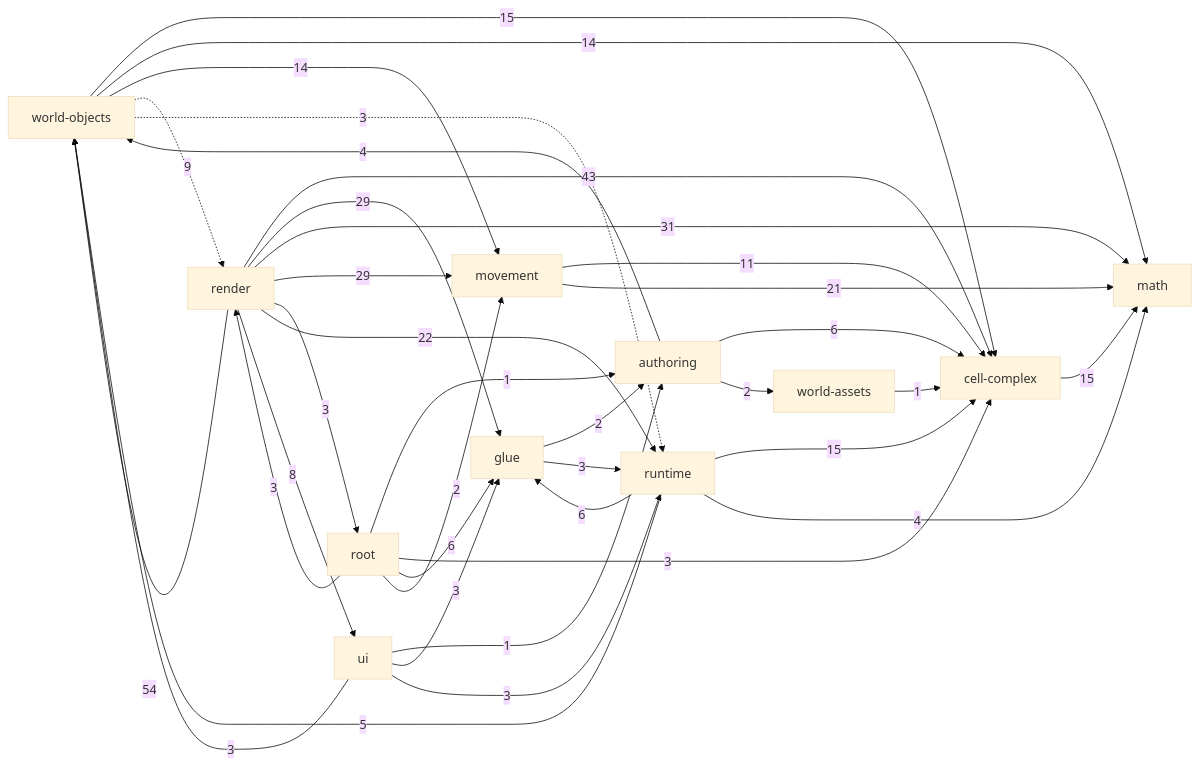
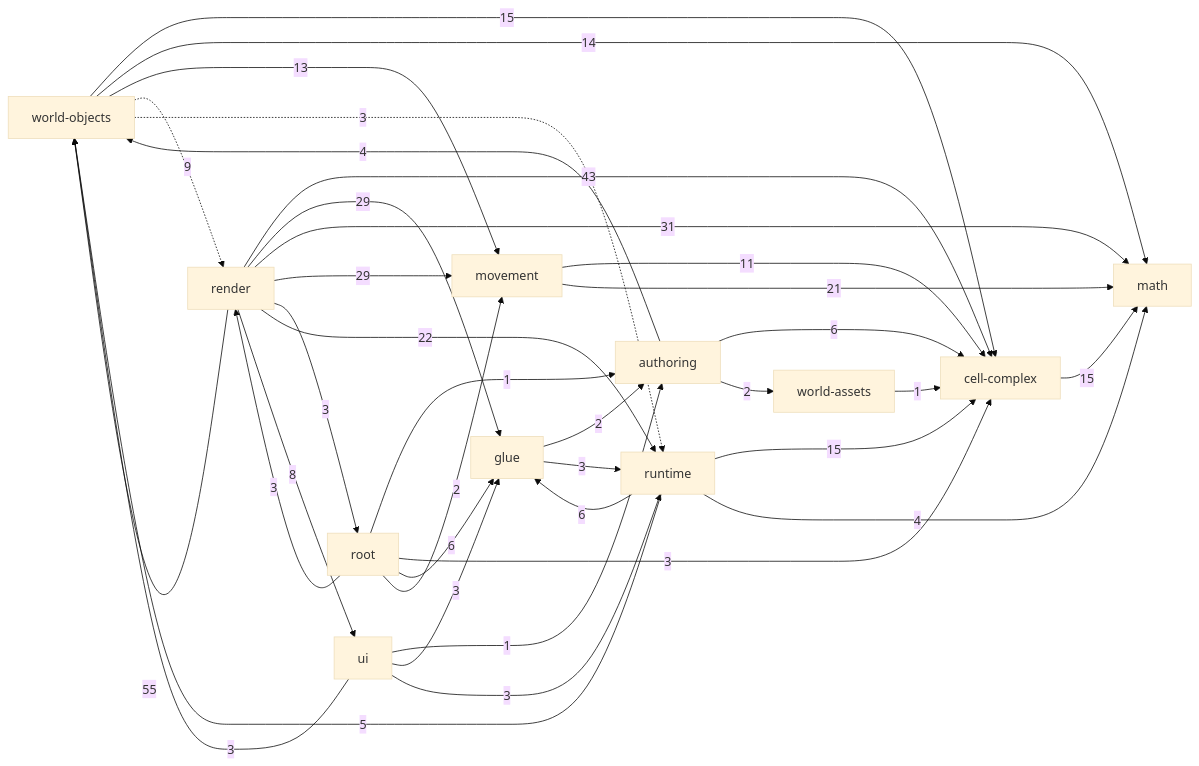
Before and after one commit to guraltsev/noneuclid-fpv: the diagram in _docs/generated/ARCHITECTURE_REFERENCE.md, drawn with Mermaid (base theme). The commit also changed other lines of this file and 7 other files, not shown here.

````diff
--- a/_docs/generated/ARCHITECTURE_REFERENCE.md
+++ b/_docs/generated/ARCHITECTURE_REFERENCE.md
@@ -32,49 +32,49 @@
 ```mermaid
 flowchart LR
   math["math"]
   cell_complex["cell-complex"]
   movement["movement"]
   world_assets["world-assets"]
   world_objects["world-objects"]
   authoring["authoring"]
   runtime["runtime"]
   ui["ui"]
   glue["glue"]
   render["render"]
   root["root"]
   authoring -->|6| cell_complex
   authoring -->|2| world_assets
   authoring -->|4| world_objects
   cell_complex -->|15| math
   glue -->|2| authoring
   glue -->|3| runtime
   movement -->|11| cell_complex
   movement -->|21| math
   render -->|43| cell_complex
   render -->|29| glue
   render -->|31| math
   render -->|29| movement
   render -->|3| root
   render -->|22| runtime
   render -->|8| ui
-  render -->|54| world_objects
+  render -->|55| world_objects
   root -->|1| authoring
   root -->|3| cell_complex
   root -->|6| glue
   root -->|2| movement
   root -->|3| render
   runtime -->|15| cell_complex
   runtime -->|6| glue
   runtime -->|4| math
   runtime -->|5| world_objects
   ui -->|1| authoring
   ui -->|3| glue
   ui -->|3| runtime
   ui -->|3| world_objects
   world_assets -->|1| cell_complex
   world_objects -->|15| cell_complex
   world_objects -->|14| math
-  world_objects -->|14| movement
+  world_objects -->|13| movement
   world_objects -.->|9| render
   world_objects -.->|3| runtime
 ```
````
